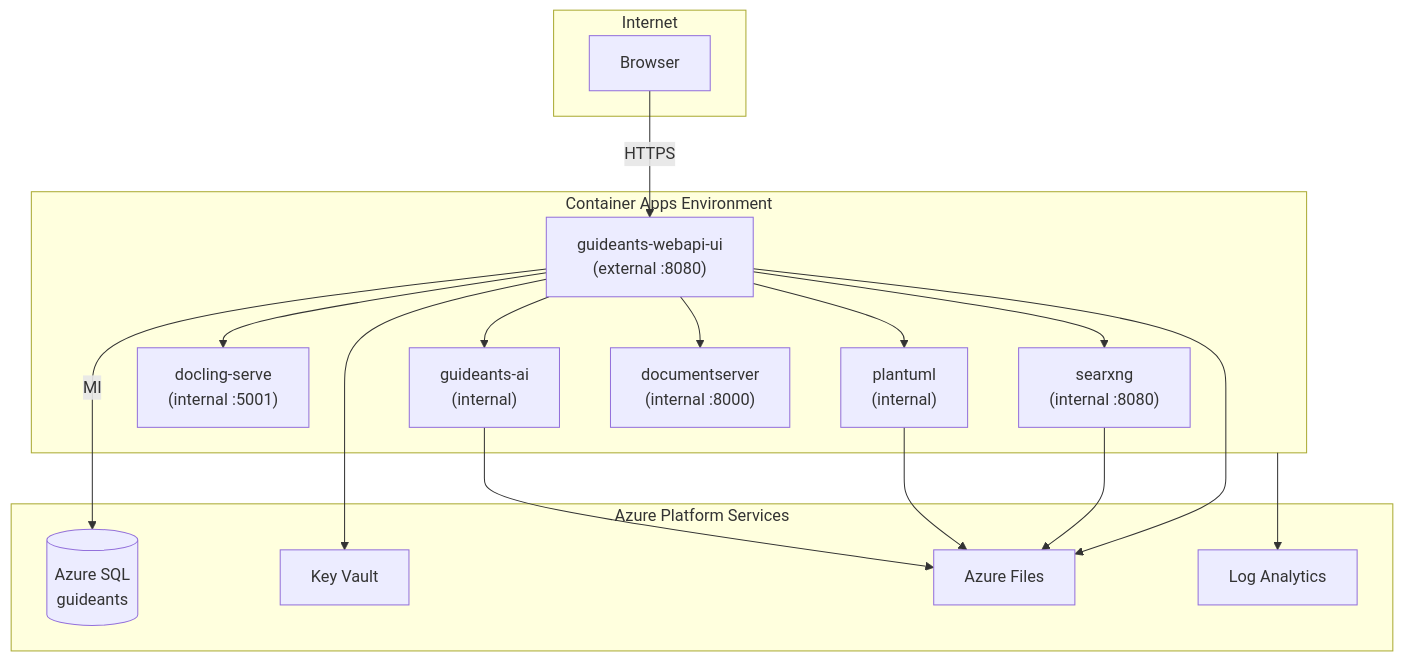
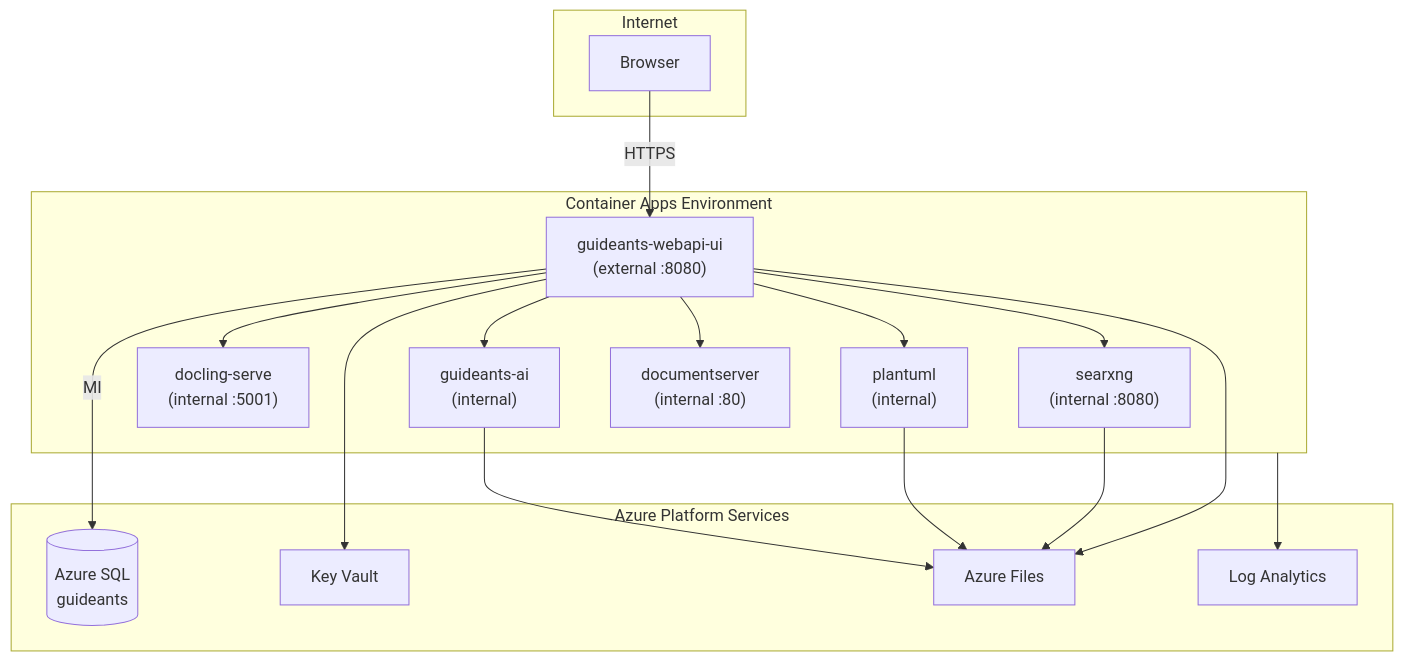
Before and after one commit to Elumenotion/GuideAnts: the diagram in deploy/azure/ARCHITECTURE.md, drawn with Mermaid. The commit also changed 20 other files, not shown here.

````diff
--- a/deploy/azure/ARCHITECTURE.md
+++ b/deploy/azure/ARCHITECTURE.md
@@ -5,36 +5,36 @@
 ```mermaid
 flowchart TB
     subgraph Internet
         User[Browser]
     end
 
     subgraph ACA["Container Apps Environment"]
         WebUI["guideants-webapi-ui\n(external :8080)"]
         AI["guideants-ai\n(internal)"]
         Docling["docling-serve\n(internal :5001)"]
         PlantUML["plantuml\n(internal)"]
         SearXNG["searxng\n(internal :8080)"]
-        DocServer["documentserver\n(internal :8000)"]
+        DocServer["documentserver\n(internal :80)"]
     end
 
     subgraph Platform["Azure Platform Services"]
         SQL[(Azure SQL\nguideants)]
         KV[Key Vault]
         Files[Azure Files]
         LA[Log Analytics]
     end
 
     User -->|HTTPS| WebUI
     WebUI --> AI
     WebUI --> Docling
     WebUI --> PlantUML
     WebUI --> SearXNG
     WebUI --> DocServer
     WebUI -->|MI| SQL
     WebUI --> KV
     AI --> Files
     PlantUML --> Files
     SearXNG --> Files
     WebUI --> Files
     ACA --> LA
 ```
````
